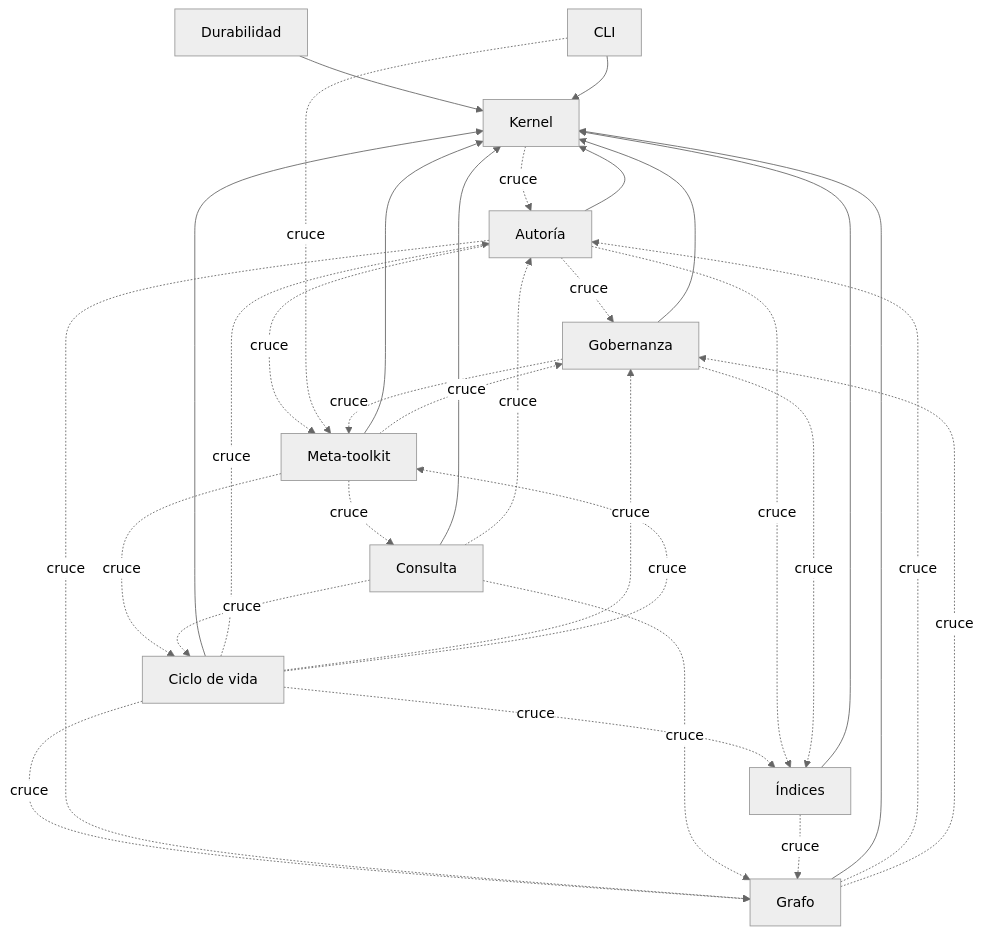
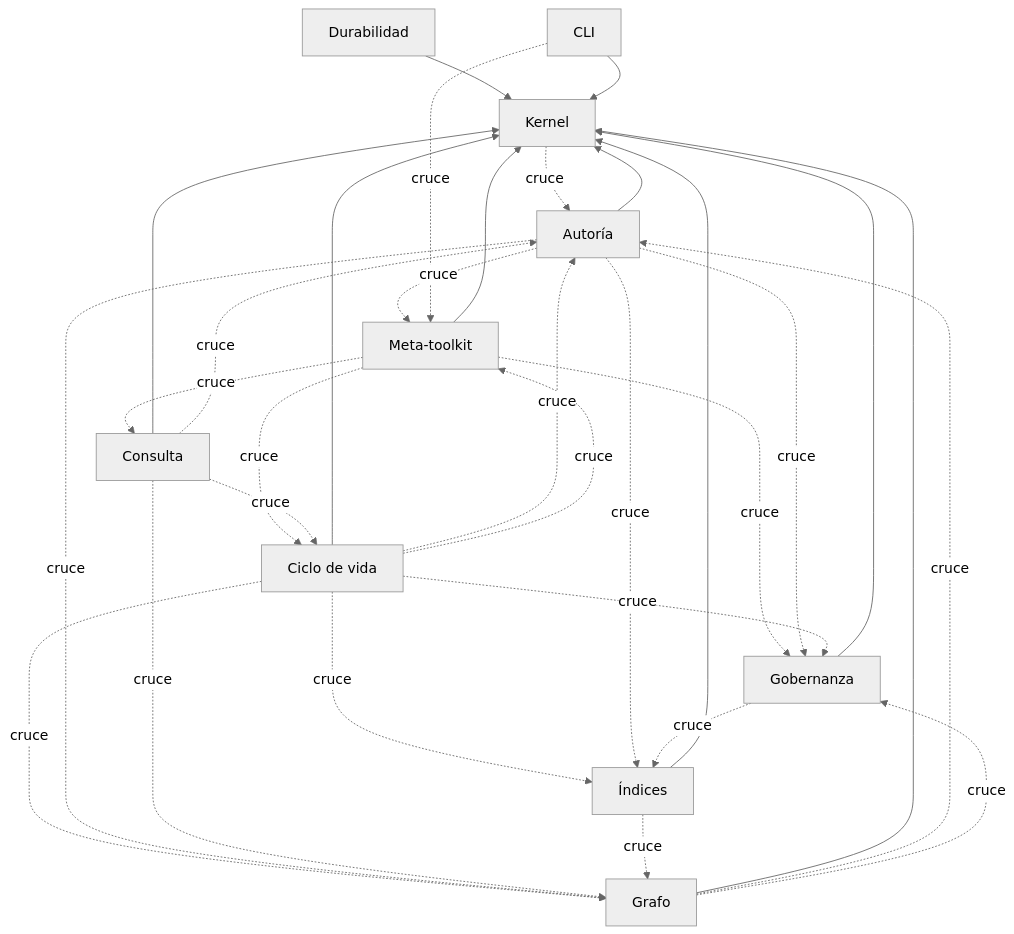
Before and after one commit to devcicm/Vault-Obsidian-Architecture: the diagram in docs/ARQUITECTURA.md, drawn with Mermaid (neutral theme). The commit also changed other lines of this file and 9 other files, not shown here.

````diff
--- a/docs/ARQUITECTURA.md
+++ b/docs/ARQUITECTURA.md
@@ -17,44 +17,43 @@
 ```mermaid
 graph TD
     kernel["Kernel"]
     autoria["Autoría"]
     grafo["Grafo"]
     gobernanza["Gobernanza"]
     indices["Índices"]
     consulta["Consulta"]
     ciclo_de_vida["Ciclo de vida"]
     durabilidad["Durabilidad"]
     meta_toolkit["Meta-toolkit"]
     cli["CLI"]
     autoria --> kernel
     grafo --> kernel
     gobernanza --> kernel
     indices --> kernel
     consulta --> kernel
     ciclo_de_vida --> kernel
     durabilidad --> kernel
     meta_toolkit --> kernel
     cli --> kernel
     meta_toolkit -.->|cruce| gobernanza
     autoria -.->|cruce| gobernanza
     grafo -.->|cruce| autoria
     consulta -.->|cruce| autoria
     kernel -.->|cruce| autoria
     ciclo_de_vida -.->|cruce| indices
     ciclo_de_vida -.->|cruce| autoria
     ciclo_de_vida -.->|cruce| grafo
     ciclo_de_vida -.->|cruce| gobernanza
     meta_toolkit -.->|cruce| ciclo_de_vida
     ciclo_de_vida -.->|cruce| meta_toolkit
     autoria -.->|cruce| meta_toolkit
     autoria -.->|cruce| indices
     cli -.->|cruce| meta_toolkit
     autoria -.->|cruce| grafo
     consulta -.->|cruce| ciclo_de_vida
     consulta -.->|cruce| grafo
     gobernanza -.->|cruce| indices
-    gobernanza -.->|cruce| meta_toolkit
     grafo -.->|cruce| gobernanza
     indices -.->|cruce| grafo
     meta_toolkit -.->|cruce| consulta
 ```
````
